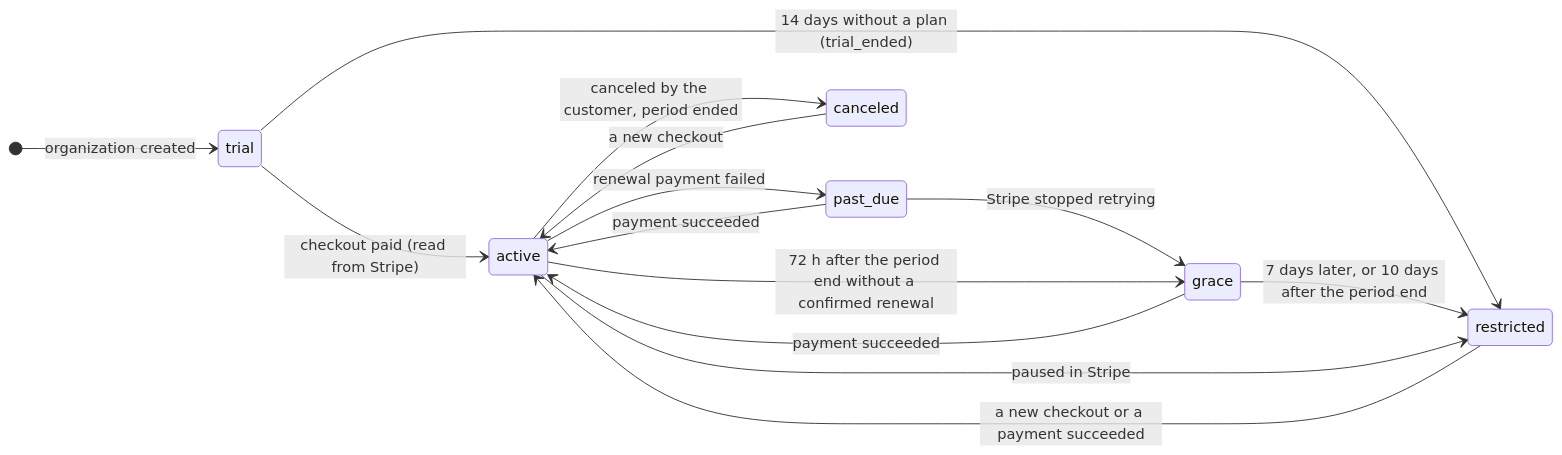
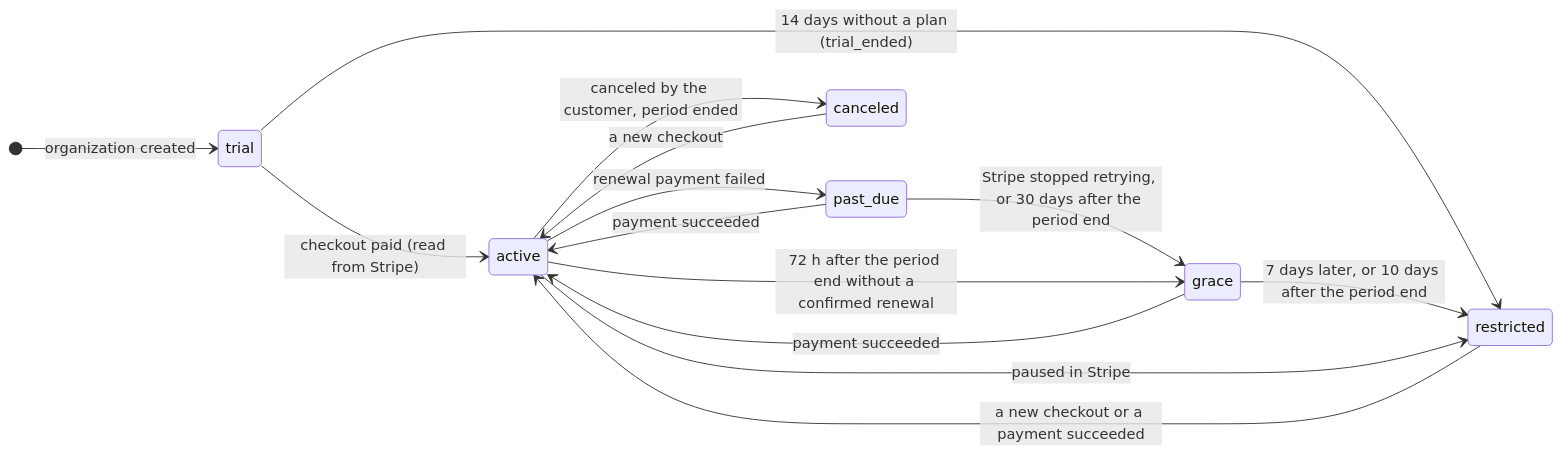
The diagram in docs/billing/README.md (bibekthapamgr/antibrowser), drawn with Mermaid before and after one commit. The commit also changed other lines of this file and 13 other files, not shown here.

````diff
--- a/docs/billing/README.md
+++ b/docs/billing/README.md
@@ -13,17 +13,17 @@
 ```mermaid
 stateDiagram-v2
   direction LR
   [*] --> trial: organization created
   trial --> active: checkout paid (read from Stripe)
   trial --> restricted: 14 days without a plan (trial_ended)
   active --> past_due: renewal payment failed
   past_due --> active: payment succeeded
-  past_due --> grace: Stripe stopped retrying
+  past_due --> grace: Stripe stopped retrying, or 30 days after the period end
   active --> grace: 72 h after the period end without a confirmed renewal
   grace --> active: payment succeeded
   grace --> restricted: 7 days later, or 10 days after the period end
   active --> canceled: canceled by the customer, period ended
   active --> restricted: paused in Stripe
   restricted --> active: a new checkout or a payment succeeded
   canceled --> active: a new checkout
 ```
````
